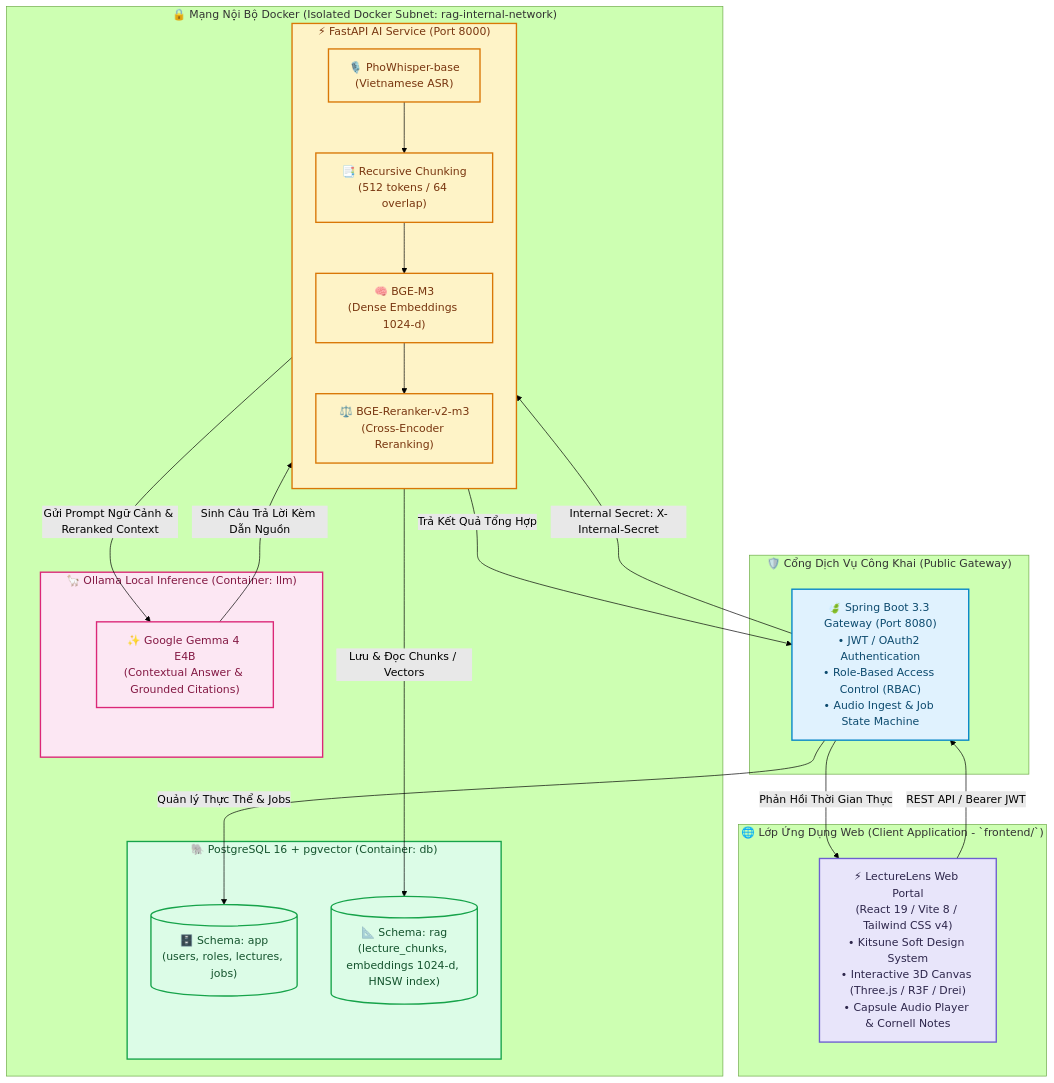
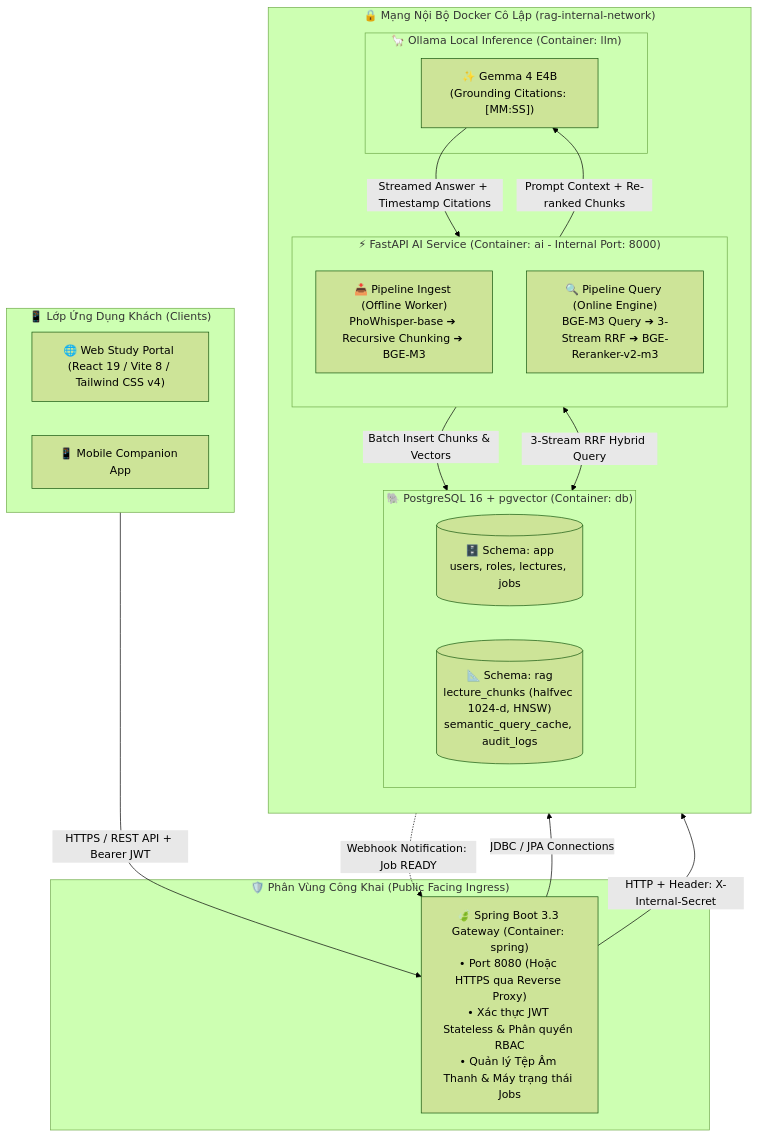
Before and after one commit to cthanhdev/Lecture_Lens: the diagram in README.md, drawn with Mermaid (forest theme). The commit also changed other lines of this file, not shown here.

````diff
--- a/README.md
+++ b/README.md
@@ -107,52 +161,41 @@
 ```mermaid
-flowchart TB
-    subgraph ClientLayer ["🌐 Lớp Ứng Dụng Web (Client Application - `frontend/`)"]
-        WEB["⚡ LectureLens Web Portal<br/>(React 19 / Vite 8 / Tailwind CSS v4)<br/>• Kitsune Soft Design System<br/>• Interactive 3D Canvas (Three.js / R3F / Drei)<br/>• Capsule Audio Player & Cornell Notes"]
+flowchart TD
+    subgraph Clients ["📱 Lớp Ứng Dụng Khách (Clients)"]
+        WEB["🌐 Web Study Portal (React 19 / Vite 8 / Tailwind CSS v4)"]
+        MOBILE["📱 Mobile Companion App"]
     end
 
-    subgraph PublicGateway ["🛡️ Cổng Dịch Vụ Công Khai (Public Gateway)"]
-        SPRING["🍃 Spring Boot 3.3 Gateway (Port 8080)<br/>• JWT / OAuth2 Authentication<br/>• Role-Based Access Control (RBAC)<br/>• Audio Ingest & Job State Machine"]
+    subgraph PublicDMZ ["🛡️ Phân Vùng Công Khai (Public Facing Ingress)"]
+        SPRING["🍃 Spring Boot 3.3 Gateway (Container: spring)<br/>• Port 8080 (Hoặc HTTPS qua Reverse Proxy)<br/>• Xác thực JWT Stateless & Phân quyền RBAC<br/>• Quản lý Tệp Âm Thanh & Máy trạng thái Jobs"]
     end
 
-    subgraph PrivateSubnet ["🔒 Mạng Nội Bộ Docker (Isolated Docker Subnet: rag-internal-network)"]
-        subgraph AIService ["⚡ FastAPI AI Service (Port 8000)"]
+    Clients -->|HTTPS / REST API + Bearer JWT| SPRING
+
+    subgraph PrivateSubnet ["🔒 Mạng Nội Bộ Docker Cô Lập (rag-internal-network)"]
+        direction TB
+
+        subgraph AIService ["⚡ FastAPI AI Service (Container: ai - Internal Port: 8000)"]
             direction TB
-            STT["🎙️ PhoWhisper-base<br/>(Vietnamese ASR)"]
-            CHUNK["📑 Recursive Chunking<br/>(512 tokens / 64 overlap)"]
-            EMB["🧠 BGE-M3<br/>(Dense Embeddings 1024-d)"]
-            RERANK["⚖️ BGE-Reranker-v2-m3<br/>(Cross-Encoder Reranking)"]
-            STT --> CHUNK --> EMB
-            EMB --> RERANK
+            INGEST_FLOW["📥 Pipeline Ingest (Offline Worker)<br/>PhoWhisper-base ➔ Recursive Chunking ➔ BGE-M3"]
+            QUERY_FLOW["🔍 Pipeline Query (Online Engine)<br/>BGE-M3 Query ➔ 3-Stream RRF ➔ BGE-Reranker-v2-m3"]
         end
 
-        subgraph DB ["🐘 PostgreSQL 16 + pgvector (Container: db)"]
-            SCHEMA_APP[("🗄️ Schema: app<br/>(users, roles, lectures, jobs)")]
-            SCHEMA_RAG[("📐 Schema: rag<br/>(lecture_chunks, embeddings 1024-d, HNSW index)")]
+        subgraph StorageLayer ["🐘 PostgreSQL 16 + pgvector (Container: db)"]
+            direction LR
+            SCHEMA_APP[("🗄️ Schema: app<br/>users, roles, lectures, jobs")]
+            SCHEMA_RAG[("📐 Schema: rag<br/>lecture_chunks (halfvec 1024-d, HNSW)<br/>semantic_query_cache, audit_logs")]
         end
 
-        subgraph LLM ["🦙 Ollama Local Inference (Container: llm)"]
-            GEMMA["✨ Google Gemma 4 E4B<br/>(Contextual Answer & Grounded Citations)"]
+        subgraph LLMRuntime ["🦙 Ollama Local Inference (Container: llm)"]
+            GEMMA["✨ Gemma 4 E4B<br/>(Grounding Citations: [MM:SS])"]
         end
     end
 
-    WEB -->|REST API / Bearer JWT| SPRING
-    SPRING -->|Internal Secret: X-Internal-Secret| AIService
-    AIService -->|Lưu & Đọc Chunks / Vectors| SCHEMA_RAG
-    SPRING -->|Quản lý Thực Thể & Jobs| SCHEMA_APP
-    AIService -->|Gửi Prompt Ngữ Cảnh & Reranked Context| GEMMA
-    GEMMA -->|Sinh Câu Trả Lời Kèm Dẫn Nguồn| AIService
-    AIService -->|Trả Kết Quả Tổng Hợp| SPRING
-    SPRING -->|Phản Hồi Thời Gian Thực| WEB
-
-    classDef client fill:#E8E5FA,stroke:#6D5FD0,stroke-width:2px,color:#2D264B;
-    classDef gateway fill:#E0F2FE,stroke:#0284C7,stroke-width:2px,color:#0C4A6E;
-    classDef ai fill:#FEF3C7,stroke:#D97706,stroke-width:2px,color:#78350F;
-    classDef db fill:#DCFCE7,stroke:#16A34A,stroke-width:2px,color:#14532D;
-    classDef llm fill:#FCE7F3,stroke:#DB2777,stroke-width:2px,color:#831843;
-
-    class WEB client;
-    class SPRING gateway;
-    class AIService,STT,CHUNK,EMB,RERANK ai;
-    class DB,SCHEMA_APP,SCHEMA_RAG db;
-    class LLM,GEMMA llm;
+    SPRING -->|HTTP + Header: X-Internal-Secret| AIService
+    SPRING -->|JDBC / JPA Connections| SCHEMA_APP
+    INGEST_FLOW -->|Batch Insert Chunks & Vectors| SCHEMA_RAG
+    QUERY_FLOW <-->|3-Stream RRF Hybrid Query| SCHEMA_RAG
+    QUERY_FLOW -->|Prompt Context + Re-ranked Chunks| GEMMA
+    GEMMA -->|Streamed Answer + Timestamp Citations| QUERY_FLOW
+    AIService -.->|Webhook Notification: Job READY| SPRING
 ```
````
